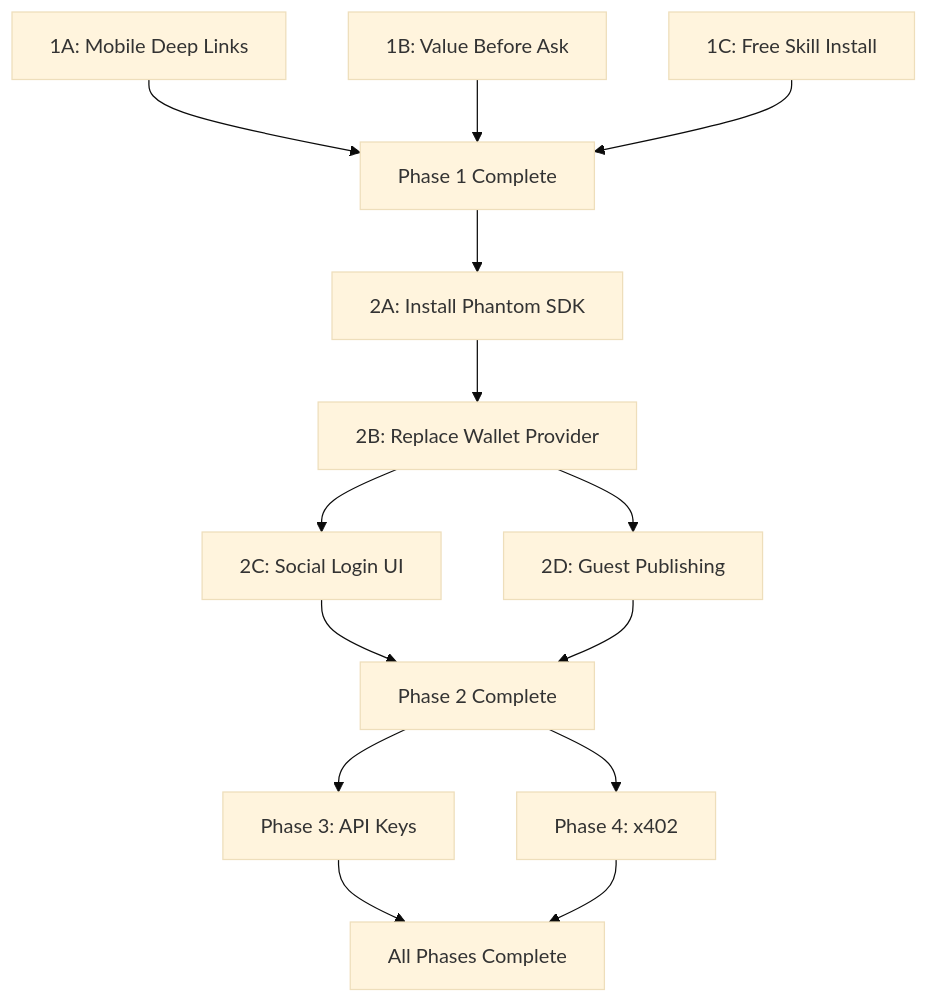
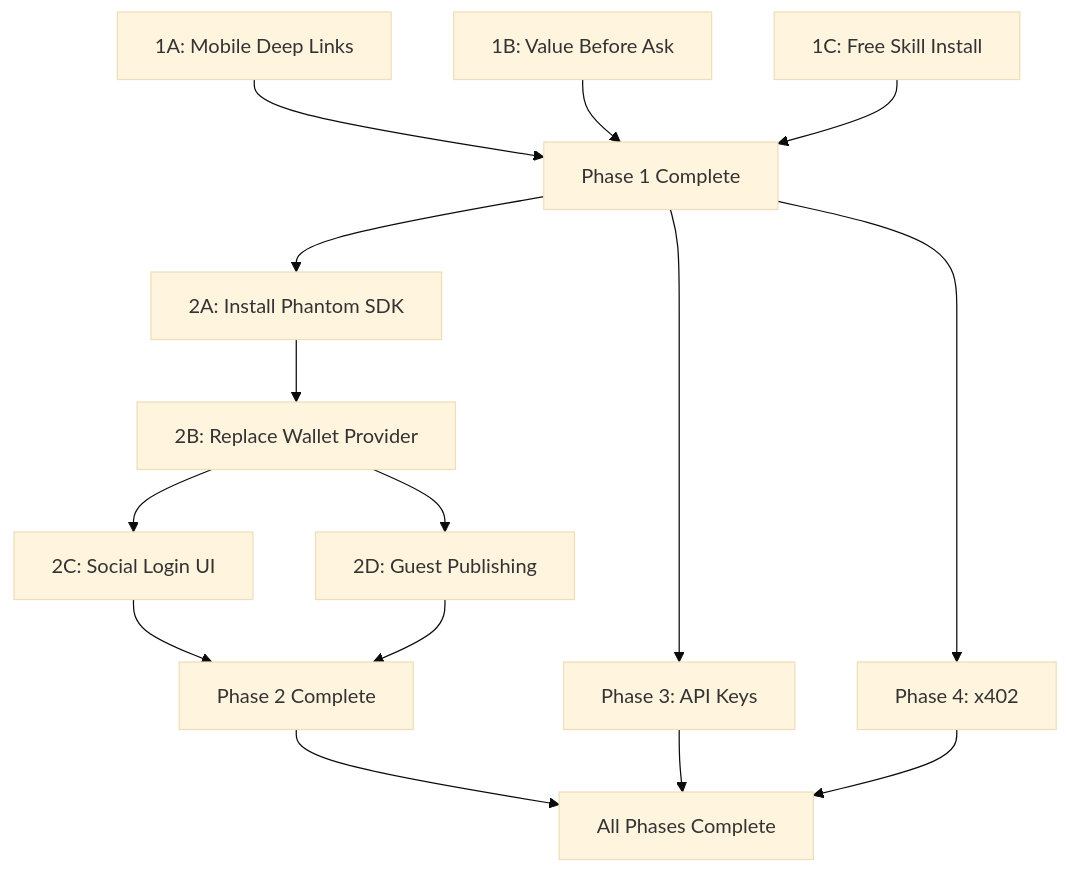
The second of 2 diagrams in .cursor/plans/reduce_user_friction_5175aa04.plan.md (dirtybits/agent-reputation-oracle), drawn with Mermaid (base theme) before and after one commit. The commit also changed other lines of this file and 4 other files, not shown here.

````diff
--- a/.cursor/plans/reduce_user_friction_5175aa04.plan.md
+++ b/.cursor/plans/reduce_user_friction_5175aa04.plan.md
@@ -193,16 +196,17 @@
 ```mermaid
 flowchart TD
   P1A[1A: Mobile Deep Links] --> Done1[Phase 1 Complete]
   P1B[1B: Value Before Ask] --> Done1
   P1C[1C: Free Skill Install] --> Done1
   Done1 --> P2A[2A: Install Phantom SDK]
   P2A --> P2B[2B: Replace Wallet Provider]
   P2B --> P2C[2C: Social Login UI]
   P2B --> P2D[2D: Guest Publishing]
   P2C --> Done2[Phase 2 Complete]
   P2D --> Done2
-  Done2 --> P3[Phase 3: API Keys]
-  Done2 --> P4[Phase 4: x402]
-  P3 --> DoneFinal[All Phases Complete]
+  Done1 --> P3[Phase 3: API Keys]
+  Done1 --> P4[Phase 4: x402]
+  Done2 --> DoneFinal[All Phases Complete]
+  P3 --> DoneFinal
   P4 --> DoneFinal
 ```
````
